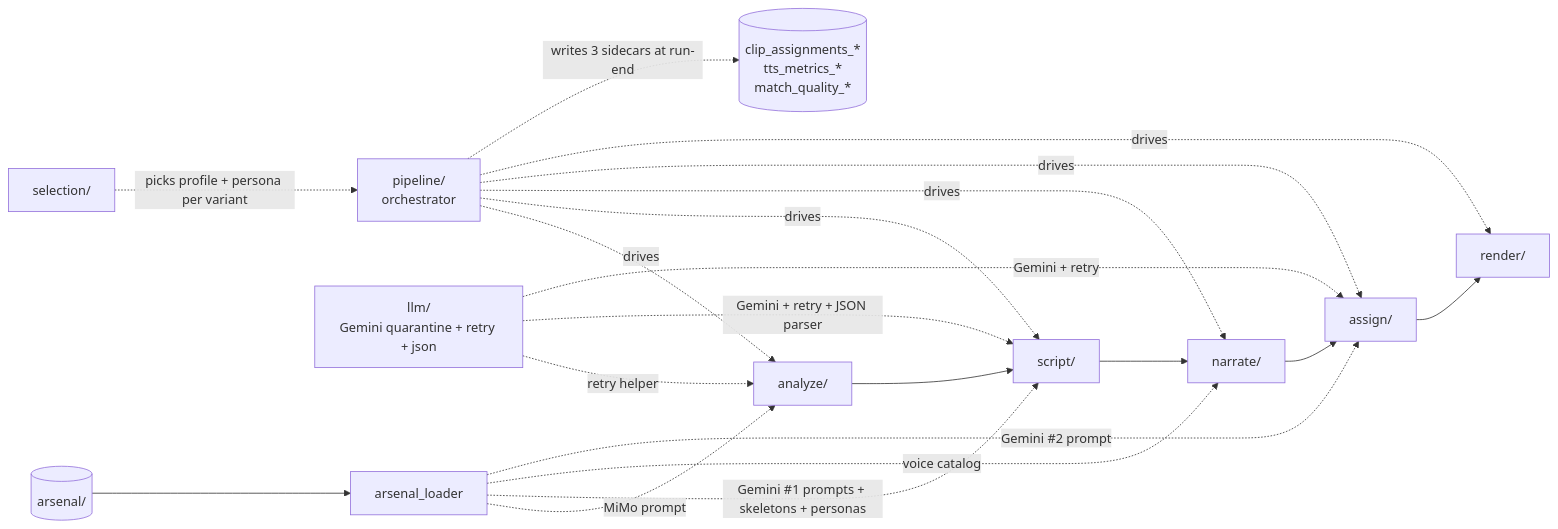
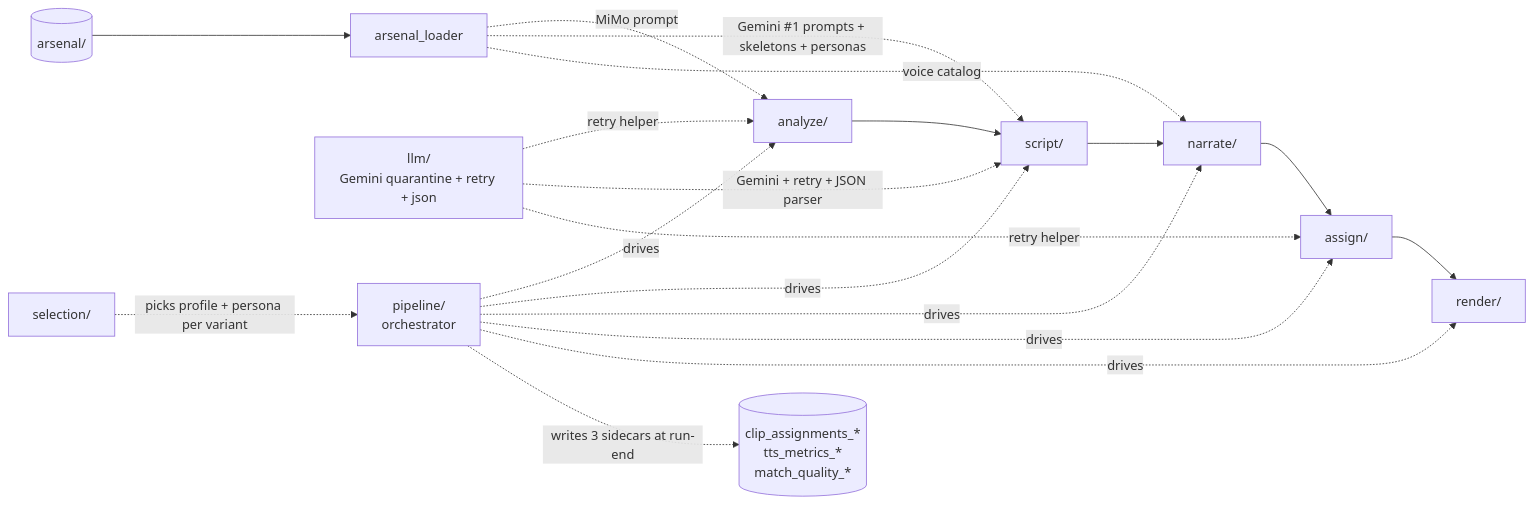
One commit to Leo86868/Promo-Pipeline changed the diagram in promo/core/architecture.md. Above: the diagram before and after it, drawn with Mermaid. The commit also changed other lines of this file and 2 other files, not shown here.

````diff
--- a/promo/core/architecture.md
+++ b/promo/core/architecture.md
@@ -82,24 +82,23 @@
 ```mermaid
 flowchart LR
     A[analyze/] --> S[script/]
     S --> N[narrate/]
     N --> AS[assign/]
     AS --> R[render/]
 
     P[pipeline/<br/>orchestrator] -. drives .-> A
     P -. drives .-> S
     P -. drives .-> N
     P -. drives .-> AS
     P -. drives .-> R
     P -. writes 3 sidecars at run-end .-> SC[(clip_assignments_*<br/>tts_metrics_*<br/>match_quality_*)]
 
     SEL[selection/] -. picks profile + persona per variant .-> P
     LLM[llm/<br/>Gemini quarantine + retry + json] -. retry helper .-> A
     LLM -. Gemini + retry + JSON parser .-> S
-    LLM -. Gemini + retry .-> AS
+    LLM -. retry helper .-> AS
     AR[(arsenal/)] --> AL[arsenal_loader]
     AL -. MiMo prompt .-> A
     AL -. Gemini #1 prompts + skeletons + personas .-> S
     AL -. voice catalog .-> N
-    AL -. Gemini #2 prompt .-> AS
 ```
````
